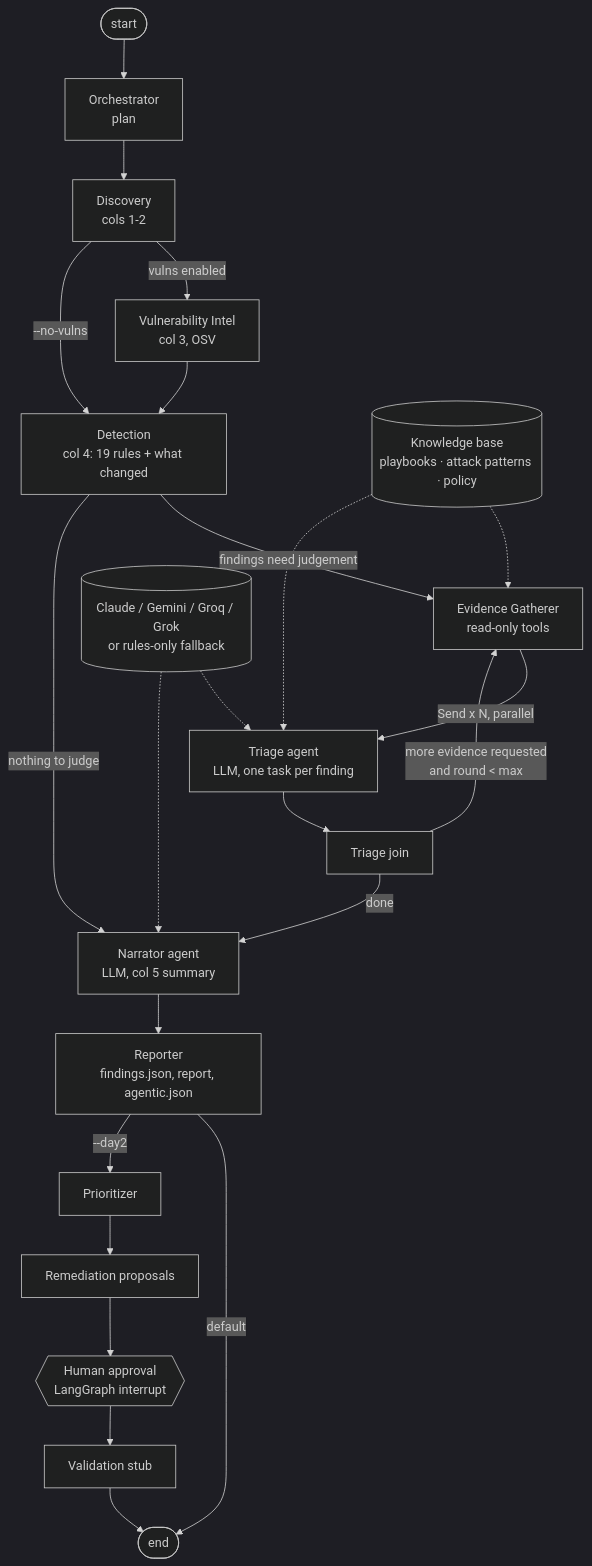
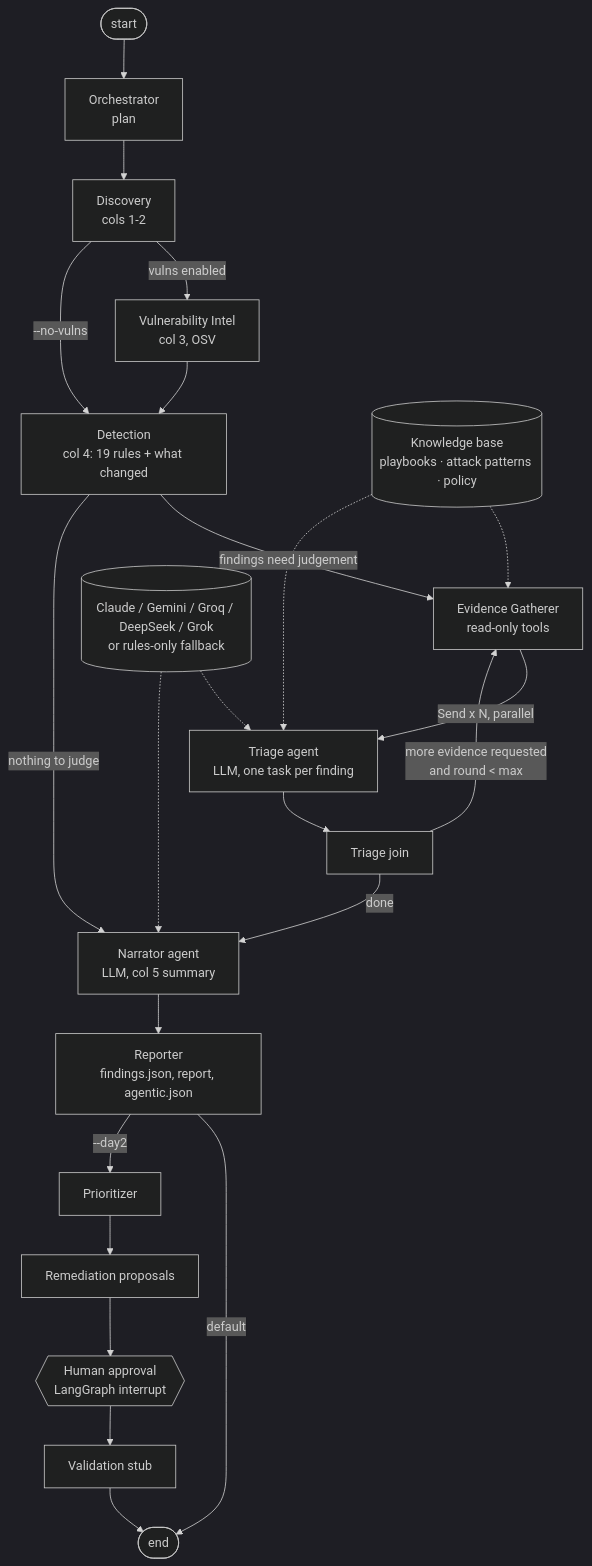
The diagram in docs/agentic.md (gshyamv/Bosch-Hackathon), drawn with Mermaid (dark theme) before and after one commit. The commit also changed other lines of this file and 8 other files, not shown here.

First line of the commit message:
Add DeepSeek as an LLM provider; fix requirements conflict

````diff
--- a/docs/agentic.md
+++ b/docs/agentic.md
@@ -66,26 +66,26 @@
 ```mermaid
 flowchart TD
     S([start]) --> O[Orchestrator<br/>plan]
     O --> D[Discovery<br/>cols 1-2]
     D -->|vulns enabled| V[Vulnerability Intel<br/>col 3, OSV]
     D -->|--no-vulns| T
     V --> T[Detection<br/>col 4: 19 rules + what changed]
     T -->|findings need judgement| G[Evidence Gatherer<br/>read-only tools]
     T -->|nothing to judge| N
     G -->|Send x N, parallel| TR[Triage agent<br/>LLM, one task per finding]
     TR --> J[Triage join]
     J -->|more evidence requested<br/>and round < max| G
     J -->|done| N[Narrator agent<br/>LLM, col 5 summary]
     N --> R[Reporter<br/>findings.json, report, agentic.json]
     R -->|default| E([end])
     R -->|--day2| P[Prioritizer]
     P --> RM[Remediation proposals]
     RM --> H{{Human approval<br/>LangGraph interrupt}}
     H --> VA[Validation stub]
     VA --> E
 
     KB[(Knowledge base<br/>playbooks · attack patterns · policy)] -.-> G
     KB -.-> TR
-    LLM[(Claude / Gemini / Groq / Grok<br/>or rules-only fallback)] -.-> TR
+    LLM[(Claude / Gemini / Groq / DeepSeek / Grok<br/>or rules-only fallback)] -.-> TR
     LLM -.-> N
 ```
````
